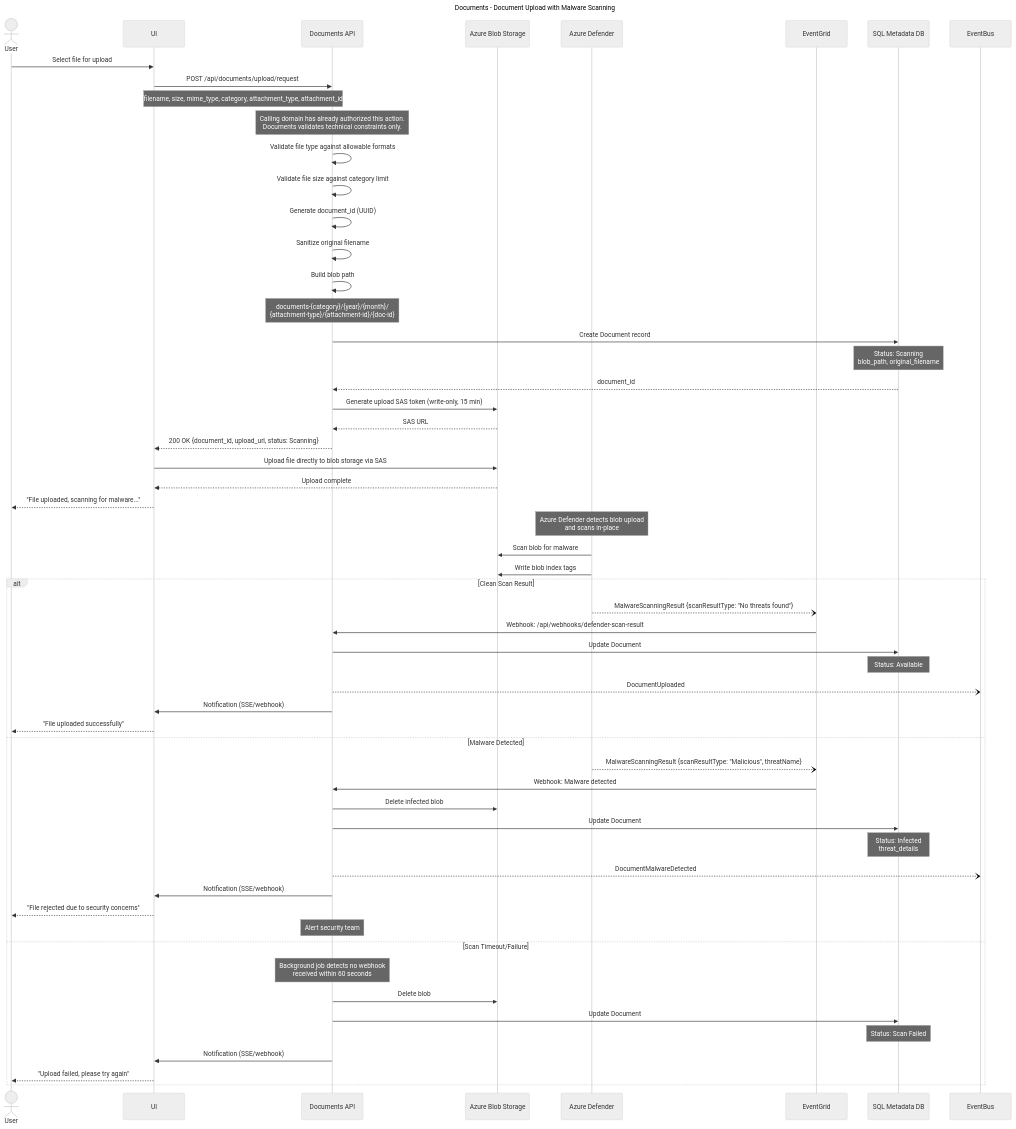
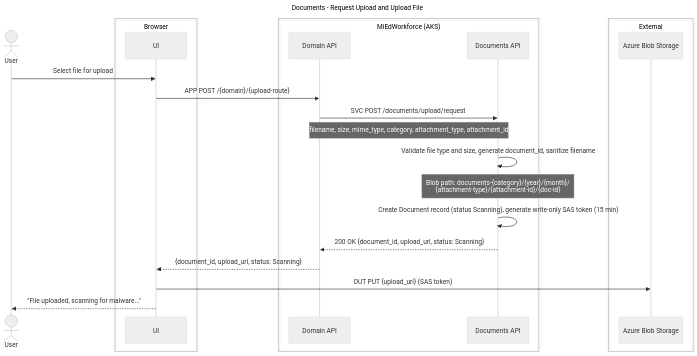
One commit to mnichols-dl/mied-design changed the second of 16 diagrams in working-docs/solution-areas/documents/documents-sequences.md. Above: the diagram before and after it, drawn with Mermaid (neutral theme). The commit also changed other lines of this file and 34 other files, not shown here.

Commit message:
Update sequences and perform RTM assessment

````diff
--- a/working-docs/solution-areas/documents/documents-sequences.md
+++ b/working-docs/solution-areas/documents/documents-sequences.md
@@ -71,80 +80,32 @@
 ```mermaid
 ---
-title: Documents - Document Upload with Malware Scanning
+title: Documents - Request Upload and Upload File
 ---
 sequenceDiagram
     actor User
+    box Browser
     participant UI
-    participant DocsAPI as Documents API
+    end
+    box MiEdWorkforce (AKS)
+    participant DomainApi as Domain API
+    participant DocsApi as Documents API
+    end
+    box External
     participant BlobStorage as Azure Blob Storage
-    participant Defender as Azure Defender
-    participant EventGrid
-    participant MetadataDB as SQL Metadata DB
-    participant EventBus
-    
+    end
+
     User->>UI: Select file for upload
-    UI->>DocsAPI: POST /api/documents/upload/request
-    Note over UI,DocsAPI: {filename, size, mime_type, category, attachment_type, attachment_id}
-    
-    Note over DocsAPI: Calling domain has already authorized this action.<br/>Documents validates technical constraints only.
-    DocsAPI->>DocsAPI: Validate file type against allowable formats
-    DocsAPI->>DocsAPI: Validate file size against category limit
-    
-    DocsAPI->>DocsAPI: Generate document_id (UUID)
-    DocsAPI->>DocsAPI: Sanitize original filename
-    DocsAPI->>DocsAPI: Build blob path
-    Note over DocsAPI: documents-{category}/{year}/{month}/<br/>{attachment-type}/{attachment-id}/{doc-id}
-    
-    DocsAPI->>MetadataDB: Create Document record
-    Note over MetadataDB: Status: Scanning<br/>blob_path, original_filename
-    MetadataDB-->>DocsAPI: document_id
-    
-    DocsAPI->>BlobStorage: Generate upload SAS token (write-only, 15 min)
-    BlobStorage-->>DocsAPI: SAS URL
-    
-    DocsAPI-->>UI: 200 OK {document_id, upload_url, status: Scanning}
-    
-    UI->>BlobStorage: Upload file directly to blob storage via SAS
-    BlobStorage-->>UI: Upload complete
+    UI->>DomainApi: APP POST /{domain}/{upload-route}
+    DomainApi->>DocsApi: SVC POST /documents/upload/request
+    Note over DomainApi,DocsApi: {filename, size, mime_type, category, attachment_type, attachment_id}
+
+    DocsApi->>DocsApi: Validate file type and size, generate document_id, sanitize filename
+    Note over DocsApi: Blob path: documents-{category}/{year}/{month}/<br/>{attachment-type}/{attachment-id}/{doc-id}
+    DocsApi->>DocsApi: Create Document record (status Scanning), generate write-only SAS token (15 min)
+
+    DocsApi-->>DomainApi: 200 OK {document_id, upload_url, status: Scanning}
+    DomainApi-->>UI: {document_id, upload_url, status: Scanning}
+
+    UI->>BlobStorage: OUT PUT {upload_url} (SAS token)
     UI-->>User: "File uploaded, scanning for malware..."
-    
-    Note over Defender: Azure Defender detects blob upload<br/>and scans in-place
-    Defender->>BlobStorage: Scan blob for malware
-    Defender->>BlobStorage: Write blob index tags
-    
-    alt Clean Scan Result
-        Defender--)EventGrid: MalwareScanningResult {scanResultType: "No threats found"}
-        EventGrid->>DocsAPI: Webhook: /api/webhooks/defender-scan-result
-        
-        DocsAPI->>MetadataDB: Update Document
-        Note over MetadataDB: Status: Available
-        
-        DocsAPI--)EventBus: DocumentUploaded
-        DocsAPI->>UI: Notification (SSE/webhook)
-        UI-->>User: "File uploaded successfully"
-        
-    else Malware Detected
-        Defender--)EventGrid: MalwareScanningResult {scanResultType: "Malicious", threatName}
-        EventGrid->>DocsAPI: Webhook: Malware detected
-        
-        DocsAPI->>BlobStorage: Delete infected blob
-        
-        DocsAPI->>MetadataDB: Update Document
-        Note over MetadataDB: Status: Infected<br/>threat_details
-        
-        DocsAPI--)EventBus: DocumentMalwareDetected
-        DocsAPI->>UI: Notification (SSE/webhook)
-        UI-->>User: "File rejected due to security concerns"
-        
-        Note over DocsAPI: Alert security team
-        
-    else Scan Timeout/Failure
-        Note over DocsAPI: Background job detects no webhook<br/>received within 60 seconds
-        
-        DocsAPI->>BlobStorage: Delete blob
-        DocsAPI->>MetadataDB: Update Document
-        Note over MetadataDB: Status: Scan Failed
-        DocsAPI->>UI: Notification (SSE/webhook)
-        UI-->>User: "Upload failed, please try again"
-    end
 ```
````
